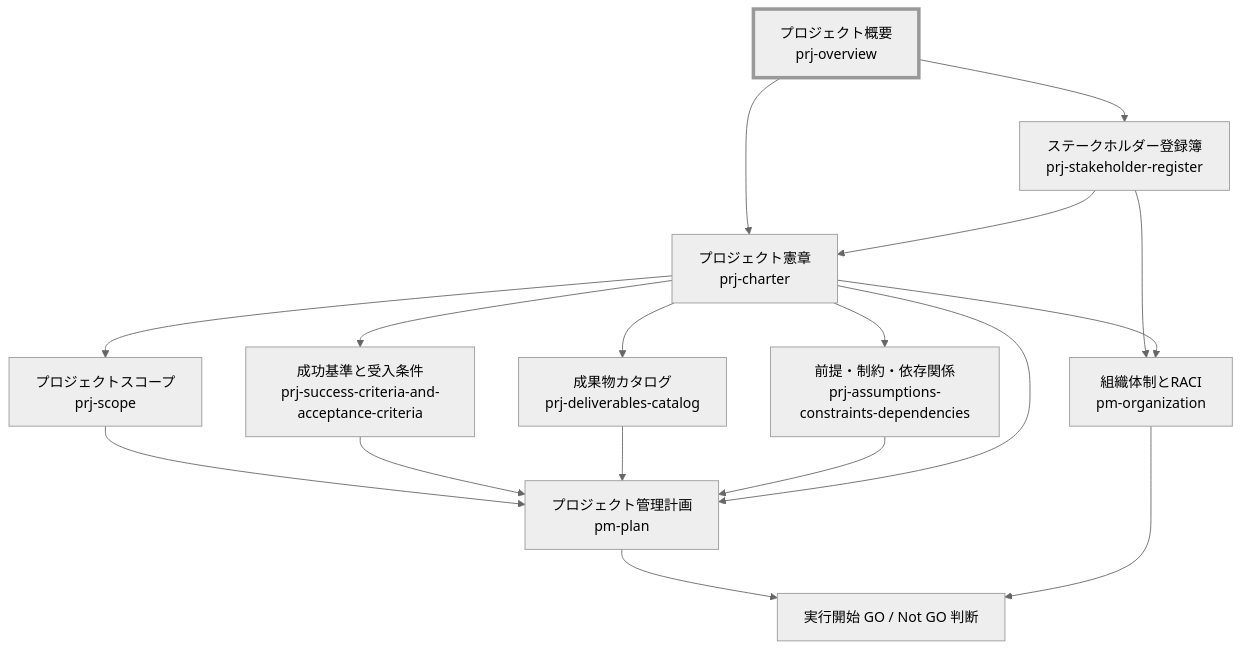
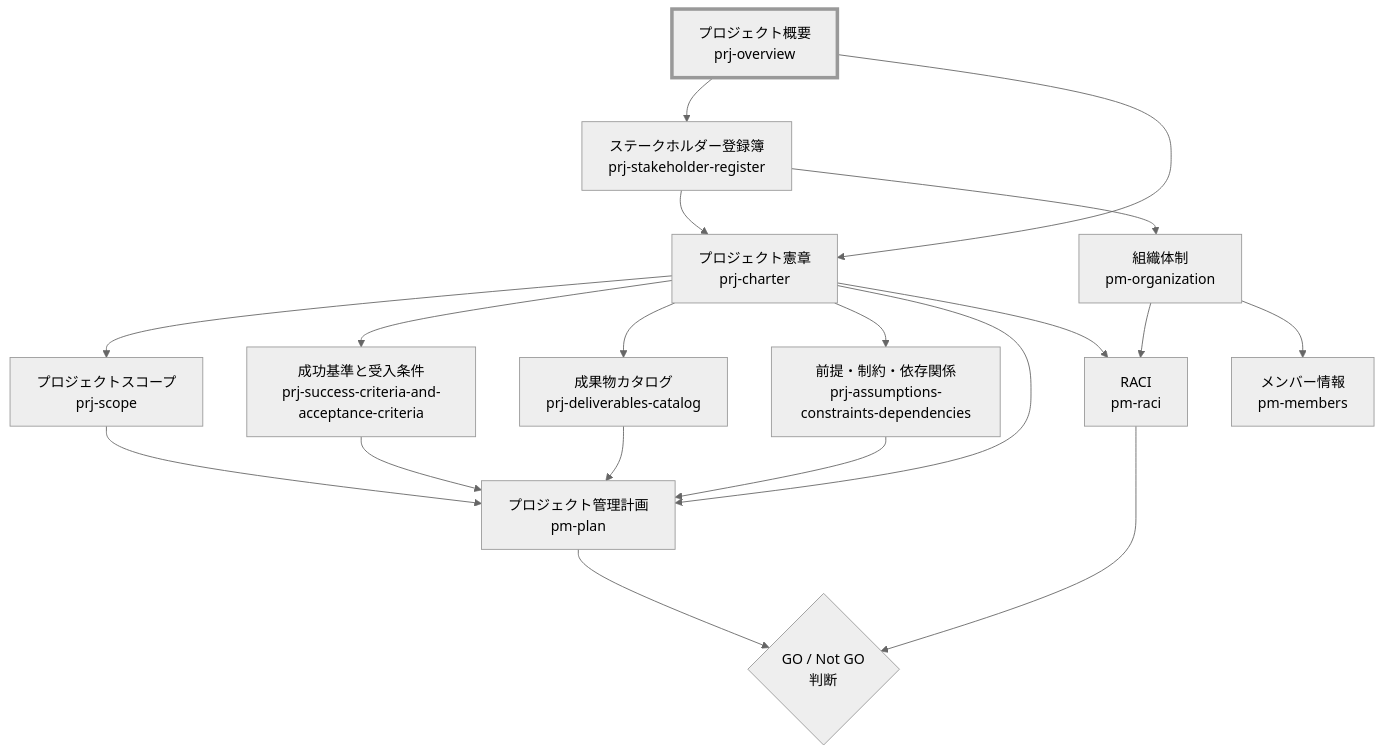
The diagram in docs/ja/specdojo/rulebooks/prj-overview-rulebook.md (specdojo/specdojo-handbook), drawn with Mermaid (neutral theme) before and after one commit. The commit also changed 2 other files, not shown here.

Commit message:
docs: 図の修正

````diff
--- a/docs/ja/specdojo/rulebooks/prj-overview-rulebook.md
+++ b/docs/ja/specdojo/rulebooks/prj-overview-rulebook.md
@@ -28,39 +28,43 @@
 ```mermaid
 flowchart TD
   POV["プロジェクト概要<br/>prj-overview"]
   SHR["ステークホルダー登録簿<br/>prj-stakeholder-register"]
   PCH["プロジェクト憲章<br/>prj-charter"]
 
   PSC["プロジェクトスコープ<br/>prj-scope"]
   SCA["成功基準と受入条件<br/>prj-success-criteria-and-acceptance-criteria"]
   DVC["成果物カタログ<br/>prj-deliverables-catalog"]
   ACD["前提・制約・依存関係<br/>prj-assumptions-constraints-dependencies"]
 
   PMP["プロジェクト管理計画<br/>pm-plan"]
-  RAC["組織体制とRACI<br/>pm-organization"]
-  GNG["実行開始 GO / Not GO 判断"]
+  ORG["組織体制<br/>pm-organization"]
+  MEM["メンバー情報<br/>pm-members"]
+  RAC["RACI<br/>pm-raci"]
+  GNG{"GO / Not GO<br/>判断"}
 
   POV --> SHR
   POV --> PCH
   SHR --> PCH
 
   PCH --> PSC
   PCH --> SCA
   PCH --> DVC
   PCH --> ACD
 
   PSC --> PMP
   SCA --> PMP
   DVC --> PMP
   ACD --> PMP
   PCH --> PMP
 
-  SHR --> RAC
+  SHR --> ORG
+  ORG --> RAC
+  ORG --> MEM
   PCH --> RAC
 
   PMP --> GNG
   RAC --> GNG
 
   classDef target stroke-width:4px
   class POV target
 ```
````
